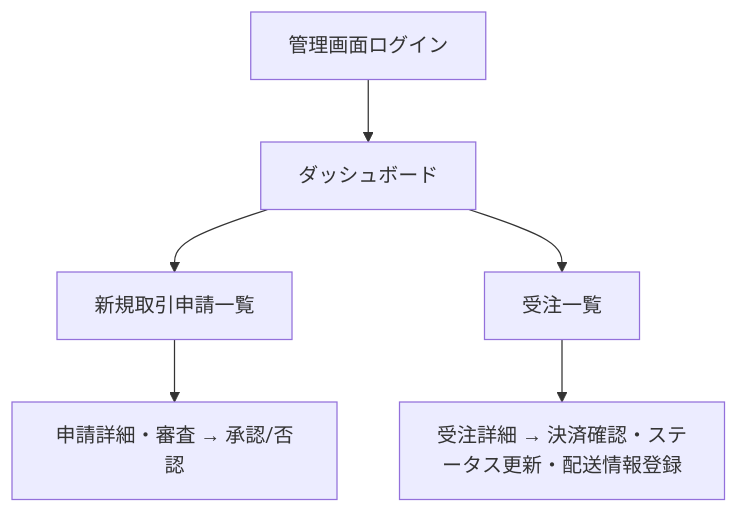
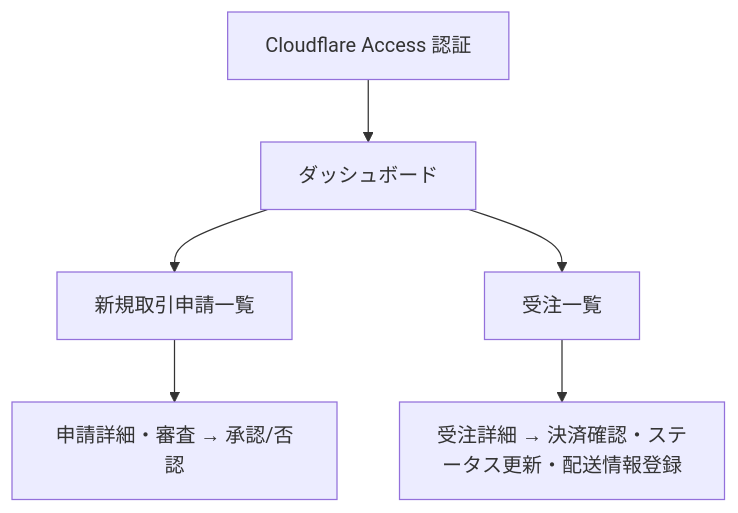
One commit to team-natural/business-pet-kampo changed the third of 4 diagrams in docs/2-product/04-ui-ux-design.md. Above: the diagram before and after it, drawn with Mermaid. The commit also changed other lines of this file and 7 other files, not shown here.

````diff
--- a/docs/2-product/04-ui-ux-design.md
+++ b/docs/2-product/04-ui-ux-design.md
@@ -85,8 +85,8 @@
 ```mermaid
 flowchart TD
-    A[管理画面ログイン] --> B[ダッシュボード]
+    A[Cloudflare Access 認証] --> B[ダッシュボード]
     B --> C[新規取引申請一覧]
     C --> D[申請詳細・審査 → 承認/否認]
     B --> E[受注一覧]
     E --> F[受注詳細 → 決済確認・ステータス更新・配送情報登録]
 ```
````
